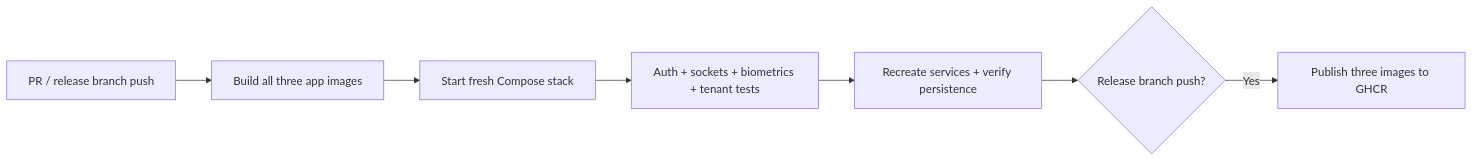
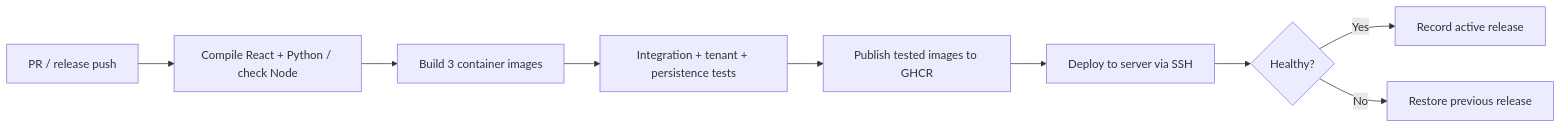
The second of 2 diagrams in README.md (vijay-1806/Biometrics-Authentication), drawn with Mermaid before and after one commit. The commit also changed other lines of this file and 7 other files, not shown here.

Commit message:
Add staged build-test-deploy pipeline with verified images and rollback

````diff
--- a/README.md
+++ b/README.md
@@ -137,9 +137,11 @@
 ```mermaid
 flowchart LR
-    Change["PR / release branch push"] --> Build["Build all three app images"]
-    Build --> Healthy["Start fresh Compose stack"]
-    Healthy --> Test["Auth + sockets + biometrics + tenant tests"]
-    Test --> Persist["Recreate services + verify persistence"]
-    Persist --> Gate{"Release branch push?"}
-    Gate -->|Yes| Registry["Publish three images to GHCR"]
+    Source["PR / release push"] --> Compile["Compile React + Python / check Node"]
+    Compile --> Build["Build 3 container images"]
+    Build --> Test["Integration + tenant + persistence tests"]
+    Test --> Publish["Publish tested images to GHCR"]
+    Publish --> Deploy["Deploy to server via SSH"]
+    Deploy --> Health{"Healthy?"}
+    Health -->|Yes| Live["Record active release"]
+    Health -->|No| Rollback["Restore previous release"]
 ```
````
